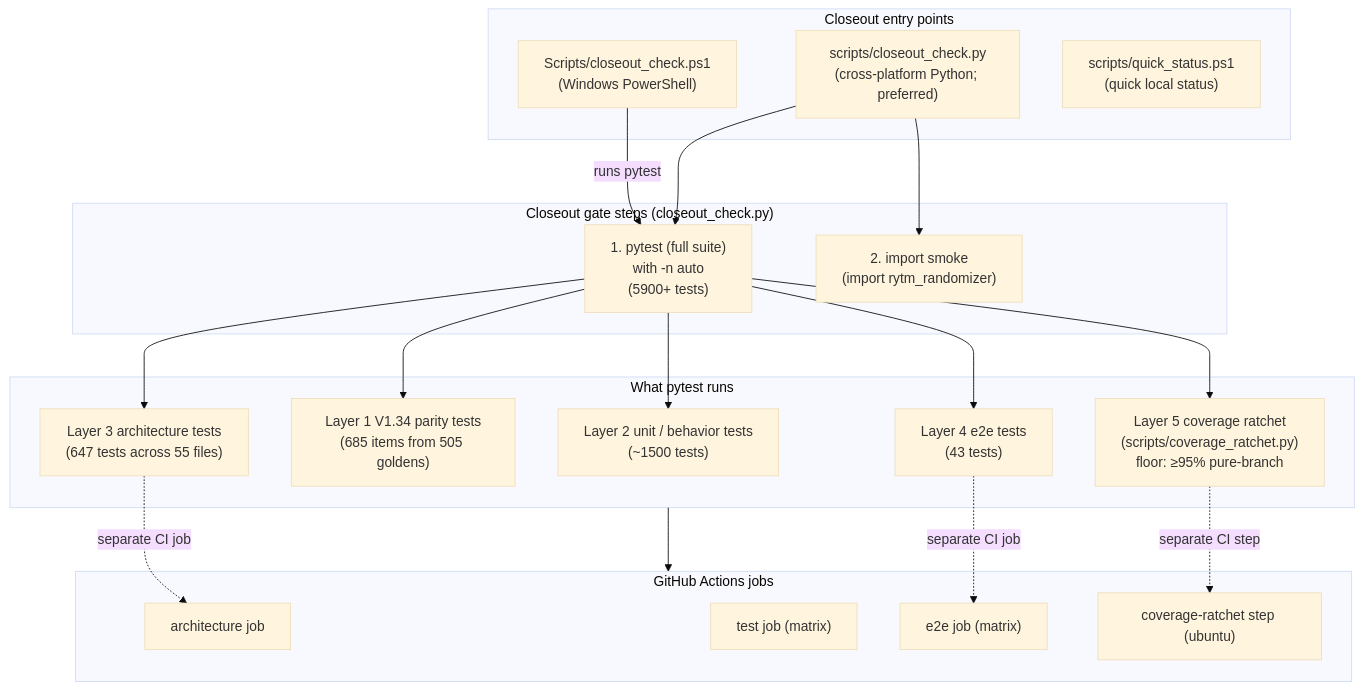
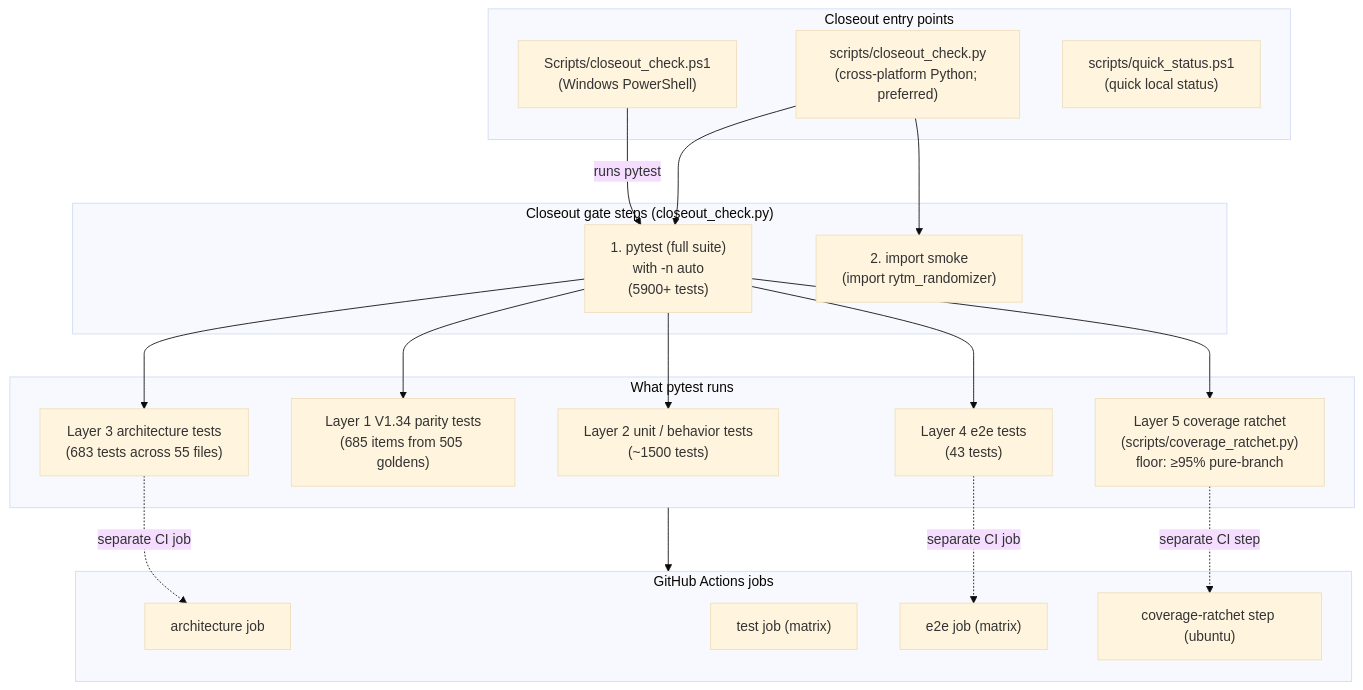
Before and after one commit to buzzijose-hub/RytmRandomizer: diagram 25 of 35 in docs/ARCHITECTURE_DIAGRAMS.md, drawn with Mermaid (base theme). The commit also changed other lines of this file and 25 other files, not shown here.

````diff
--- a/docs/ARCHITECTURE_DIAGRAMS.md
+++ b/docs/ARCHITECTURE_DIAGRAMS.md
@@ -1738,43 +1749,43 @@
 ```mermaid
 flowchart TB
     subgraph Entry["Closeout entry points"]
         CloseoutPS1["Scripts/closeout_check.ps1<br/>(Windows PowerShell)"]
         CloseoutPy["scripts/closeout_check.py<br/>(cross-platform Python; preferred)"]
         QuickStatus["scripts/quick_status.ps1<br/>(quick local status)"]
     end
 
     subgraph GateSteps["Closeout gate steps (closeout_check.py)"]
         Step1["1. pytest (full suite)<br/>with -n auto<br/>(5900+ tests)"]
         Step2["2. import smoke<br/>(import rytm_randomizer)"]
     end
 
     subgraph PytestLayers["What pytest runs"]
         PassiveTests["Layer 2 unit / behavior tests<br/>(~1500 tests)"]
         ParityTests["Layer 1 V1.34 parity tests<br/>(685 items from 505 goldens)"]
-        ArchTests["Layer 3 architecture tests<br/>(647 tests across 55 files)"]
+        ArchTests["Layer 3 architecture tests<br/>(683 tests across 55 files)"]
         E2ETests["Layer 4 e2e tests<br/>(43 tests)"]
         CovStep["Layer 5 coverage ratchet<br/>(scripts/coverage_ratchet.py)<br/>floor: ≥95% pure-branch"]
     end
 
     subgraph CIJobs["GitHub Actions jobs"]
         CIArch["architecture job"]
         CITest["test job (matrix)"]
         CIE2E["e2e job (matrix)"]
         CIRatchet["coverage-ratchet step (ubuntu)"]
     end
 
     CloseoutPS1 -->|"runs pytest"| Step1
     CloseoutPy --> Step1
     CloseoutPy --> Step2
 
     Step1 --> PassiveTests
     Step1 --> ParityTests
     Step1 --> ArchTests
     Step1 --> E2ETests
     Step1 --> CovStep
 
     PytestLayers --> CIJobs
     ArchTests -.->|"separate CI job"| CIArch
     E2ETests -.->|"separate CI job"| CIE2E
     CovStep -.->|"separate CI step"| CIRatchet
 ```
````
